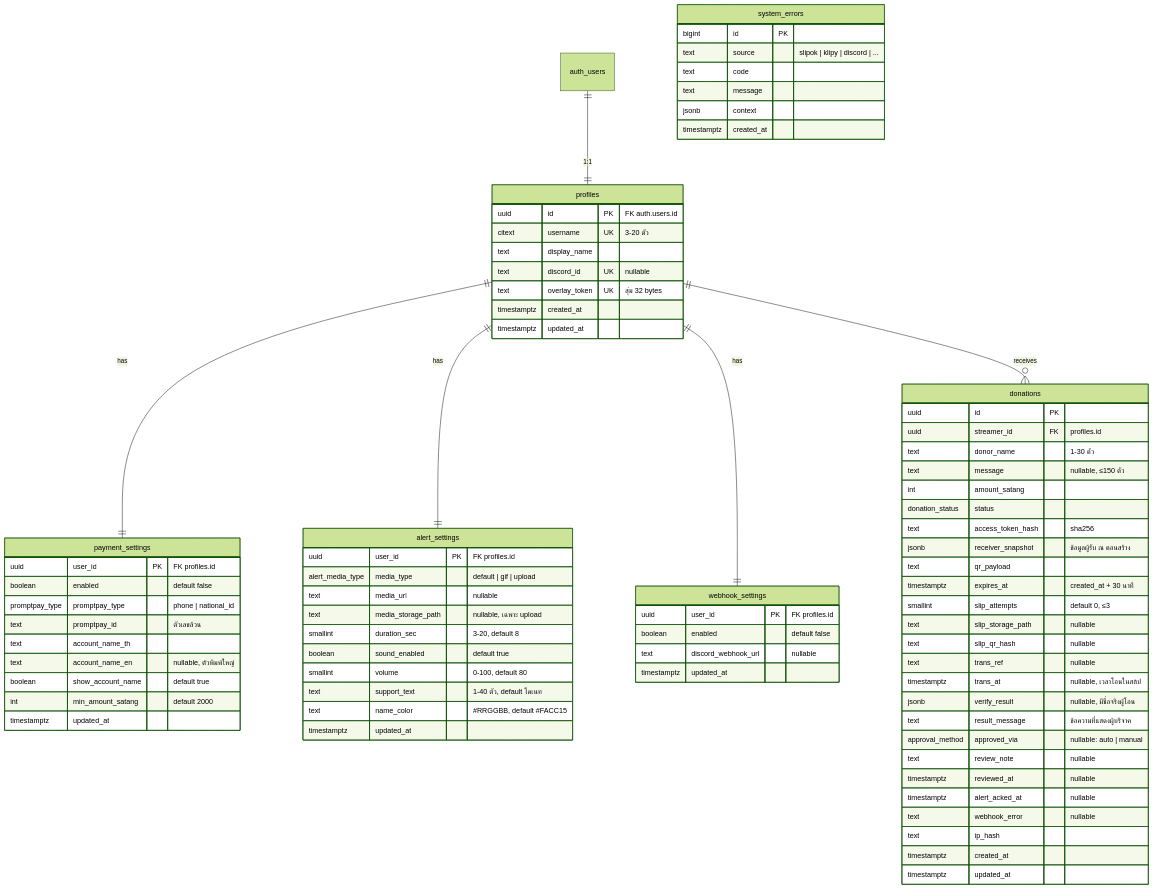
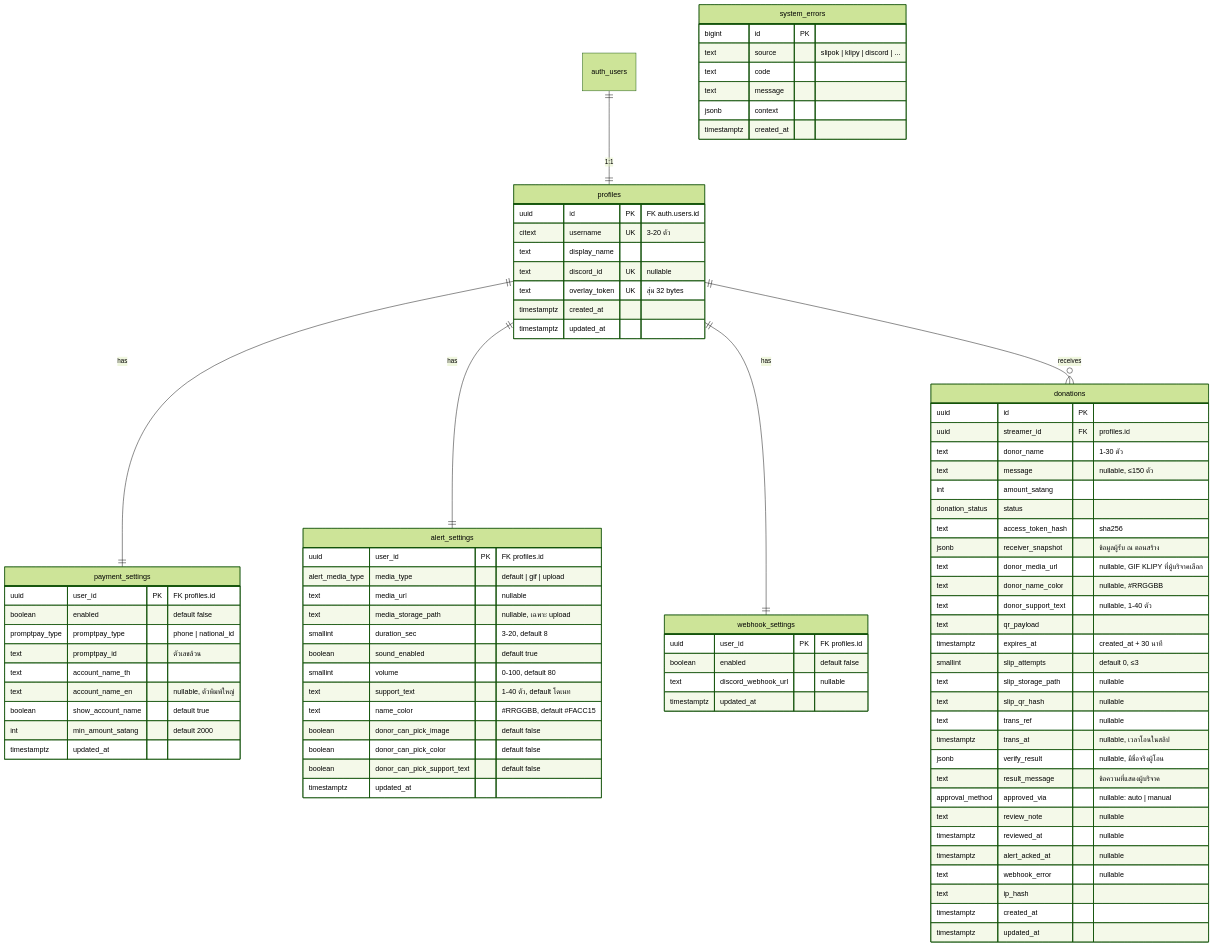
Before and after one commit to autosuwan/kortangnoi: the diagram in docs/er.md, drawn with Mermaid (forest theme). The commit also changed 9 other files, not shown here.

```diff
--- a/docs/er.md
+++ b/docs/er.md
@@ -42,6 +42,9 @@
     smallint volume "0-100, default 80"
     text support_text "1-40 ตัว, default โดเนท"
     text name_color "#RRGGBB, default #FACC15"
+    boolean donor_can_pick_image "default false"
+    boolean donor_can_pick_color "default false"
+    boolean donor_can_pick_support_text "default false"
     timestamptz updated_at
   }
 
@@ -61,6 +64,9 @@
     donation_status status
     text access_token_hash "sha256"
     jsonb receiver_snapshot "ข้อมูลผู้รับ ณ ตอนสร้าง"
+    text donor_media_url "nullable, GIF KLIPY ที่ผู้บริจาคเลือก"
+    text donor_name_color "nullable, #RRGGBB"
+    text donor_support_text "nullable, 1-40 ตัว"
     text qr_payload
     timestamptz expires_at "created_at + 30 นาที"
     smallint slip_attempts "default 0, ≤3"
```
